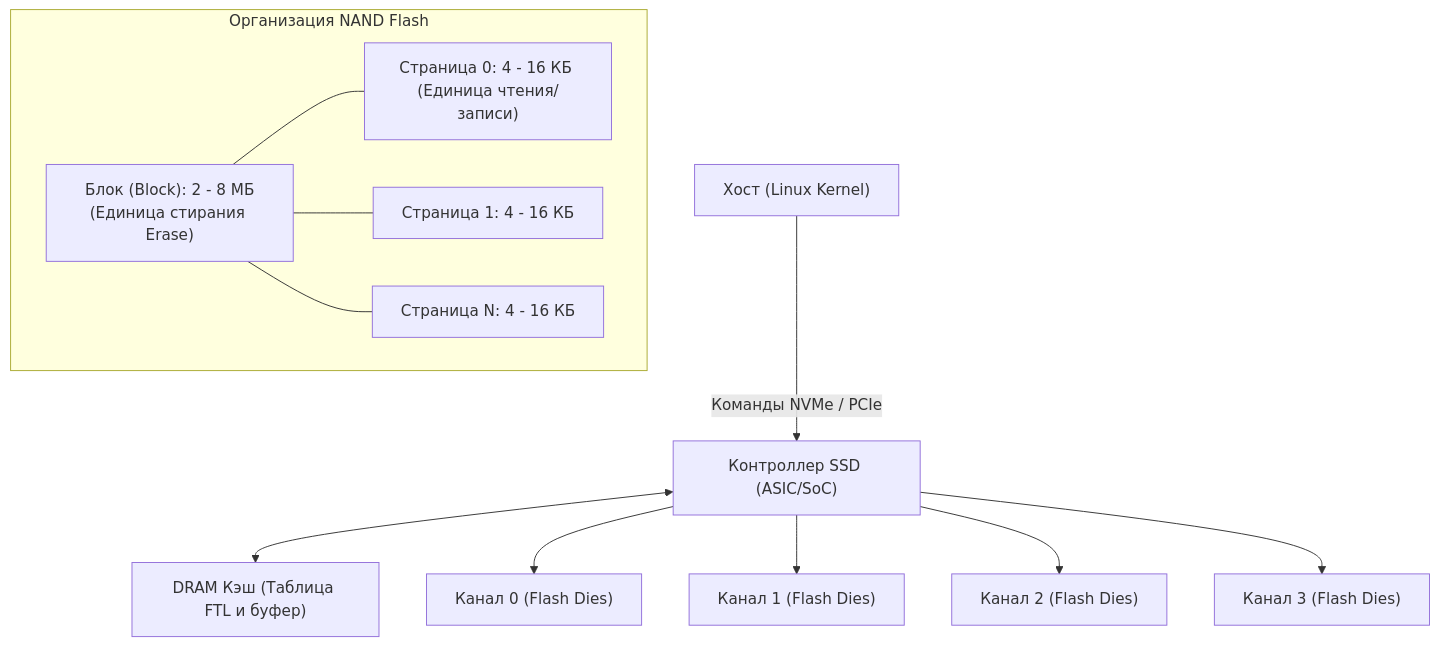
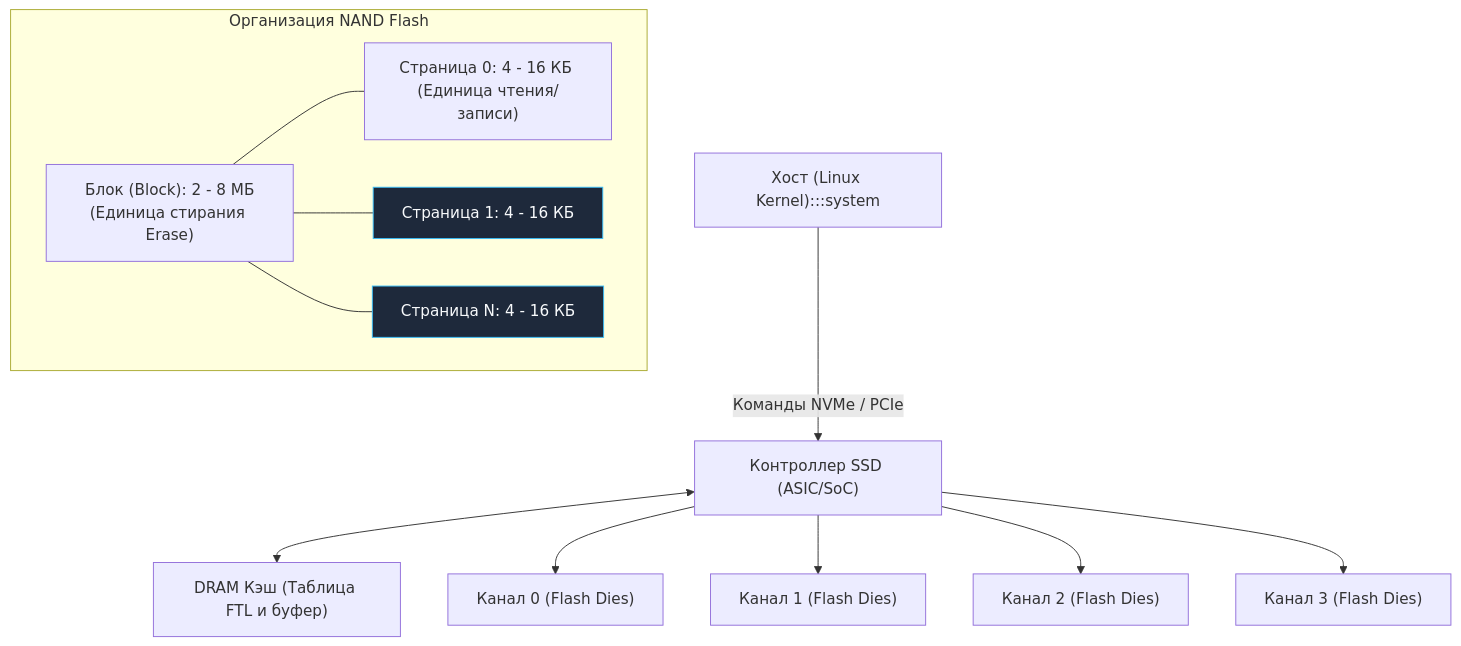
Before and after one commit to UnrealTemplier/go-textbook: the third of 6 diagrams in sources/2. Устройство и работа ОС/44. Диски и устройства хранения.md, drawn with Mermaid. The commit also changed other lines of this file and 1666 other files, not shown here.

First line of the commit message:
feat(mermaid): add semantic color classDef to 1369 colorless flowchart/graph diagrams

````diff
--- a/sources/2. Устройство и работа ОС/44. Диски и устройства хранения.md
+++ b/sources/2. Устройство и работа ОС/44. Диски и устройства хранения.md
@@ -79,20 +99,30 @@
 ```mermaid
 flowchart TD
-    Host["Хост (Linux Kernel)"] -->|"Команды NVMe / PCIe"| Controller["Контроллер SSD (ASIC/SoC)"]
+    classDef process  fill:#1e293b,stroke:#38bdf8,stroke-width:1px,color:#f8fafc
+    classDef success  fill:#064e3b,stroke:#34d399,stroke-width:1px,color:#f8fafc
+    classDef error    fill:#7f1d1d,stroke:#f87171,stroke-width:1px,color:#f8fafc
+    classDef warning  fill:#78350f,stroke:#fbbf24,stroke-width:1px,color:#f8fafc
+    classDef entry    fill:#1e3a5f,stroke:#38bdf8,stroke-width:2px,color:#f8fafc
+    classDef aux      fill:#334155,stroke:#64748b,stroke-width:1px,color:#f8fafc
+    classDef system   fill:#312e81,stroke:#a78bfa,stroke-width:1px,color:#f8fafc
+    classDef data     fill:#132d29,stroke:#2dd4bf,stroke-width:1px,color:#f8fafc
+    classDef network  fill:#881337,stroke:#fb7185,stroke-width:1px,color:#f8fafc
+    classDef accent   fill:#1e1b4b,stroke:#818cf8,stroke-width:1px,color:#f8fafc
+    Host["Хост (Linux Kernel):::system"] -->|"Команды NVMe / PCIe"| Controller["Контроллер SSD (ASIC/SoC)"]
     Controller <--> DRAM["DRAM Кэш (Таблица FTL и буфер)"]
     Controller --> Ch0["Канал 0 (Flash Dies)"]
     Controller --> Ch1["Канал 1 (Flash Dies)"]
     Controller --> Ch2["Канал 2 (Flash Dies)"]
     Controller --> Ch3["Канал 3 (Flash Dies)"]
 
     subgraph FlashOrganization["Организация NAND Flash"]
         Block["Блок (Block): 2 - 8 МБ
 (Единица стирания Erase)"]
         Page1["Страница 0: 4 - 16 КБ (Единица чтения/записи)"]
-        Page2["Страница 1: 4 - 16 КБ"]
-        PageN["Страница N: 4 - 16 КБ"]
+        Page2["Страница 1: 4 - 16 КБ"]:::process
+        PageN["Страница N: 4 - 16 КБ"]:::process
         Block --- Page1
         Block --- Page2
         Block --- PageN
     end
 ```
````
